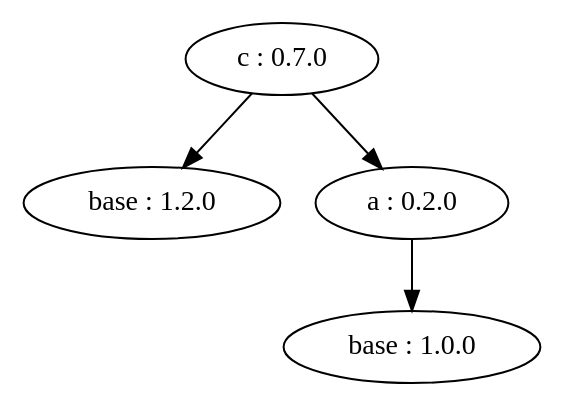
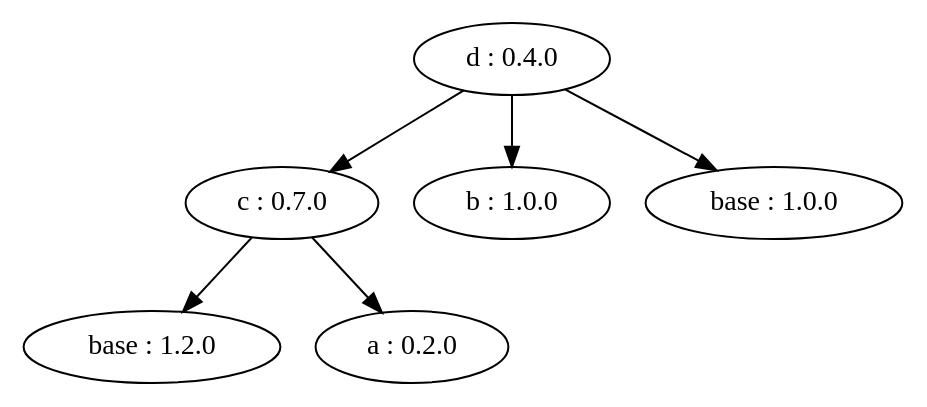
One commit to kayl71/CONF2 changed the diagram in test-output/Graph.gv. Above: the diagram before and after it, drawn with Graphviz. The commit also changed 5 other files, not shown here.

```diff
--- a/test-output/Graph.gv
+++ b/test-output/Graph.gv
@@ -1,10 +1,14 @@
 // Graph
 digraph {
+	"d_0.4.0" [label="d : 0.4.0"]
 	"c_0.7.0" [label="c : 0.7.0"]
+	"d_0.4.0" -> "c_0.7.0"
+	"b_1.0.0" [label="b : 1.0.0"]
+	"d_0.4.0" -> "b_1.0.0"
+	"base_1.0.0" [label="base : 1.0.0"]
+	"d_0.4.0" -> "base_1.0.0"
 	"base_1.2.0" [label="base : 1.2.0"]
 	"c_0.7.0" -> "base_1.2.0"
 	"a_0.2.0" [label="a : 0.2.0"]
 	"c_0.7.0" -> "a_0.2.0"
-	"base_1.0.0" [label="base : 1.0.0"]
-	"a_0.2.0" -> "base_1.0.0"
 }
```
